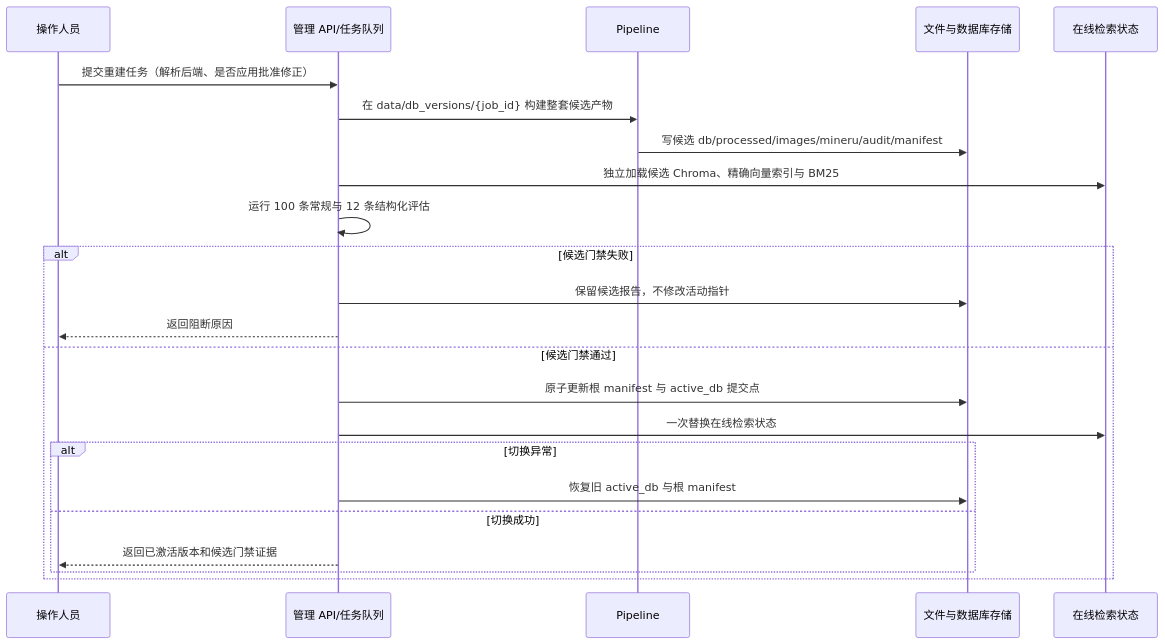
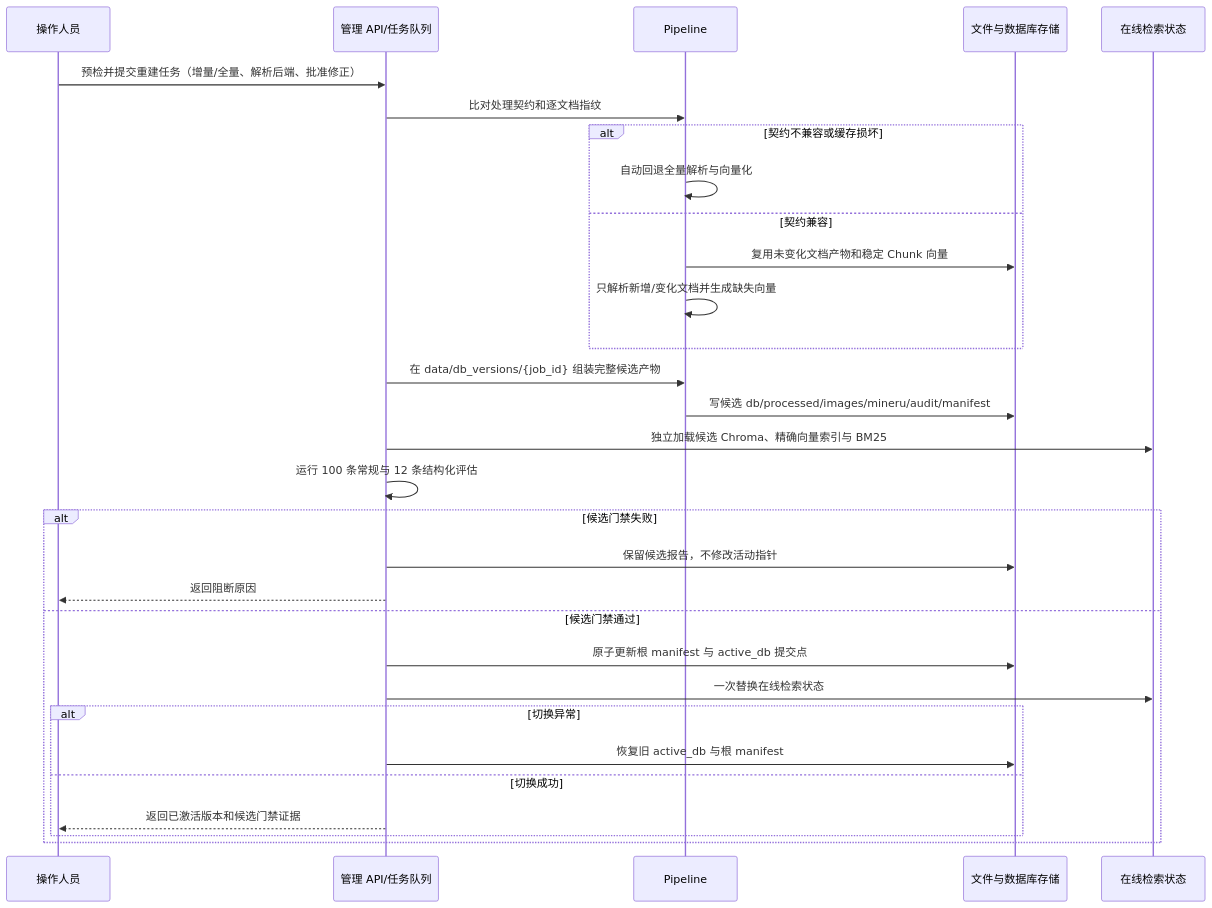
The fourth of 8 diagrams in 结构设计规范知识库/docs/architecture/系统详细设计.md (xiaochongshanww/Portfolio), drawn with Mermaid before and after one commit. The commit also changed other lines of this file and 14 other files, not shown here.

````diff
--- a/结构设计规范知识库/docs/architecture/系统详细设计.md
+++ b/结构设计规范知识库/docs/architecture/系统详细设计.md
@@ -162,25 +163,32 @@
 ```mermaid
 sequenceDiagram
     participant O as 操作人员
     participant A as 管理 API/任务队列
     participant P as Pipeline
     participant S as 文件与数据库存储
     participant R as 在线检索状态
-    O->>A: 提交重建任务（解析后端、是否应用批准修正）
-    A->>P: 在 data/db_versions/{job_id} 构建整套候选产物
+    O->>A: 预检并提交重建任务（增量/全量、解析后端、批准修正）
+    A->>P: 比对处理契约和逐文档指纹
+    alt 契约不兼容或缓存损坏
+        P->>P: 自动回退全量解析与向量化
+    else 契约兼容
+        P->>S: 复用未变化文档产物和稳定 Chunk 向量
+        P->>P: 只解析新增/变化文档并生成缺失向量
+    end
+    A->>P: 在 data/db_versions/{job_id} 组装完整候选产物
     P->>S: 写候选 db/processed/images/mineru/audit/manifest
     A->>R: 独立加载候选 Chroma、精确向量索引与 BM25
     A->>A: 运行 100 条常规与 12 条结构化评估
     alt 候选门禁失败
         A->>S: 保留候选报告，不修改活动指针
         A-->>O: 返回阻断原因
     else 候选门禁通过
         A->>S: 原子更新根 manifest 与 active_db 提交点
         A->>R: 一次替换在线检索状态
         alt 切换异常
             A->>S: 恢复旧 active_db 与根 manifest
         else 切换成功
             A-->>O: 返回已激活版本和候选门禁证据
         end
     end
 ```
````
